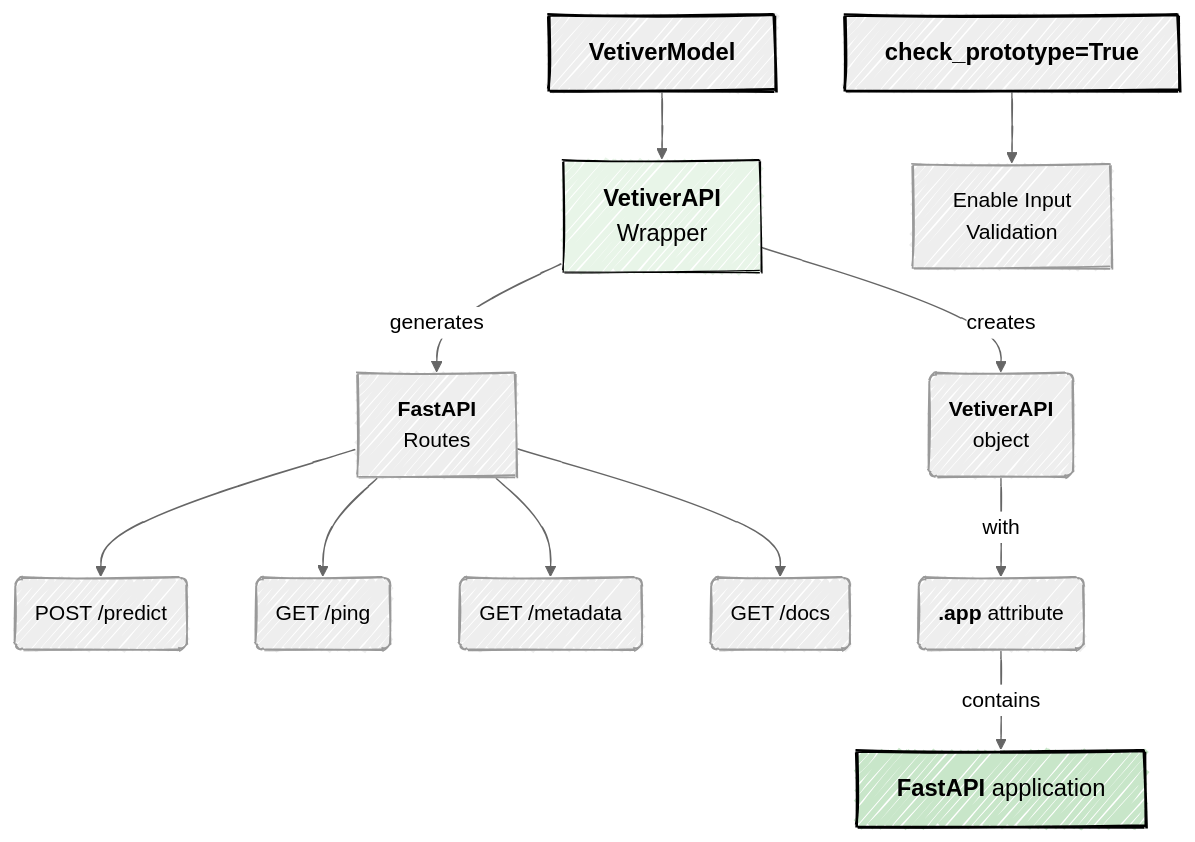
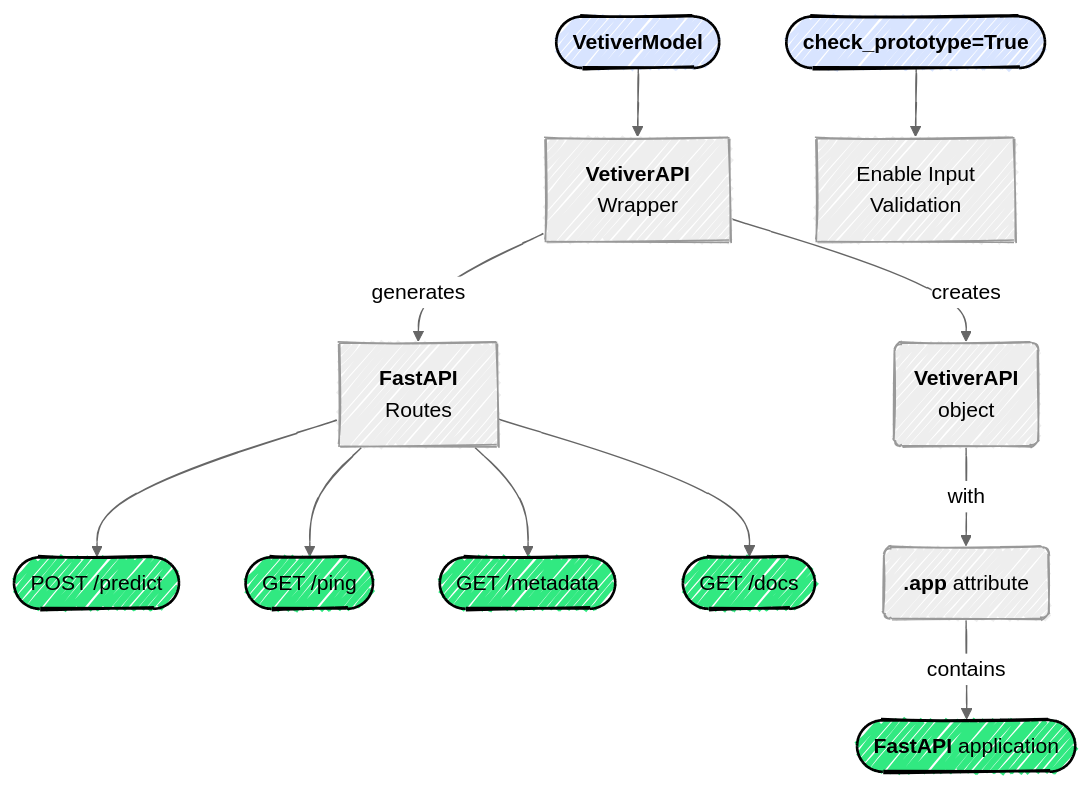
One commit to mjfrigaard/do4ds-labs changed the second of 7 diagrams in py-app-api.qmd. Above: the diagram before and after it, drawn with Mermaid. The commit also changed other lines of this file and 38 other files, not shown here.

````diff
--- a/py-app-api.qmd
+++ b/py-app-api.qmd
@@ -342,26 +330,30 @@
 ```{mermaid}
 %%| fig-cap: 'mod-api.py'
 %%| fig-align: center
 %%{init: {'theme': 'neutral', 'look': 'handDrawn', 'themeVariables': { 'fontFamily': 'monospace', "fontSize":"16px"}}}%%
 
 graph TB
-    Mod["<strong>VetiverModel</strong>"] --> VApiCon["<strong>VetiverAPI</strong><br>Wrapper"]
+    Mod(["<strong>VetiverModel</strong>"]) --> VApiCon["<strong>VetiverAPI</strong><br>Wrapper"]
     VApiCon --"generates"--> FastAPI["<strong>FastAPI</strong><br>Routes"]
     
-    FastAPI --> Post("POST /predict")
-    FastAPI --> GetPing("GET /ping") 
-    FastAPI --> GetMeta("GET /metadata")
-    FastAPI --> GetDocs("GET /docs")
+    FastAPI --> Post(["POST /predict"])
+    FastAPI --> GetPing(["GET /ping"]) 
+    FastAPI --> GetMeta(["GET /metadata"])
+    FastAPI --> GetDocs(["GET /docs"])
     
-    CheckProt["<strong>check_prototype=True</strong>"] --> Input["Enable Input<br>Validation"]
+    CheckProt(["<strong>check_prototype=True</strong>"]) --> Input["Enable Input<br>Validation"]
     
     VApiCon --"creates"--> VApiObj("<strong>VetiverAPI</strong><br>object")
     VApiObj --"with"--> AppAttr("<strong>.app</strong> attribute")
     
-    AppAttr --"contains"--> FastAPIApp["<strong>FastAPI</strong> application"]
-    
-    style CheckProt stroke:#000,color:#000,stroke-width:2px,rx:12,ry:12,font-size:18px
-    style Mod stroke:#000,color:#000,stroke-width:2px,rx:12,ry:12,font-size:18px
-    style VApiCon fill:#e8f5e8,stroke:#000,color:#000,stroke-width:1px,rx:10,ry:10,font-size:18px
-    style FastAPIApp fill:#c8e6c9,stroke:#000,color:#000,stroke-width:2px,rx:10,ry:10,font-size:18px
+    AppAttr --"contains"--> FastAPIApp(["<strong>FastAPI</strong> application"])
+
+    style CheckProt fill:#d8e4ff,stroke:#000,color:#000,stroke-width:2px,rx:12,ry:12,font-size:16px
+    style Mod fill:#d8e4ff,stroke:#000,color:#000,stroke-width:2px,rx:12,ry:12,font-size:16px
+
+    style Post fill:#31e981,stroke:#000,color:#000,stroke-width:2px,rx:12,ry:12,font-size:16px
+    style GetPing fill:#31e981,stroke:#000,color:#000,stroke-width:2px,rx:12,ry:12,font-size:16px
+    style GetMeta fill:#31e981,stroke:#000,color:#000,stroke-width:2px,rx:12,ry:12,font-size:16px
+    style GetDocs fill:#31e981,stroke:#000,color:#000,stroke-width:2px,rx:12,ry:12,font-size:16px
+    style FastAPIApp fill:#31e981,stroke:#000,color:#000,stroke-width:2px,rx:12,ry:12,font-size:16px
 ```
````
